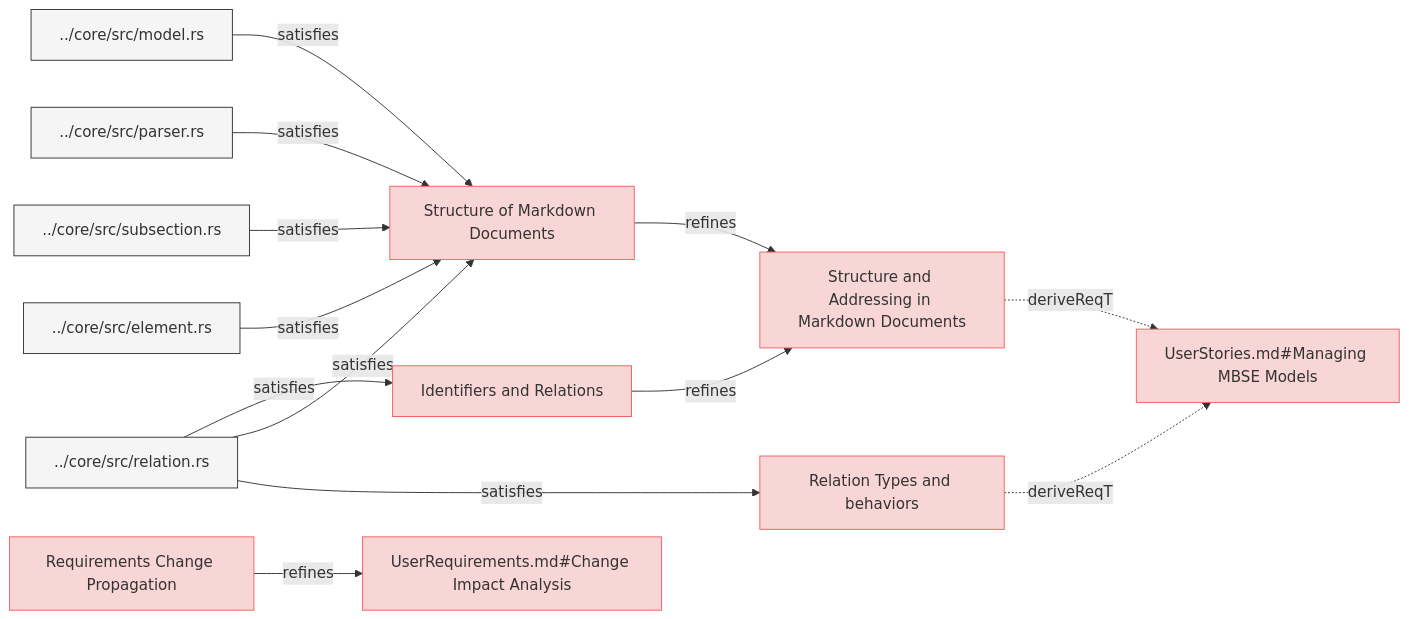
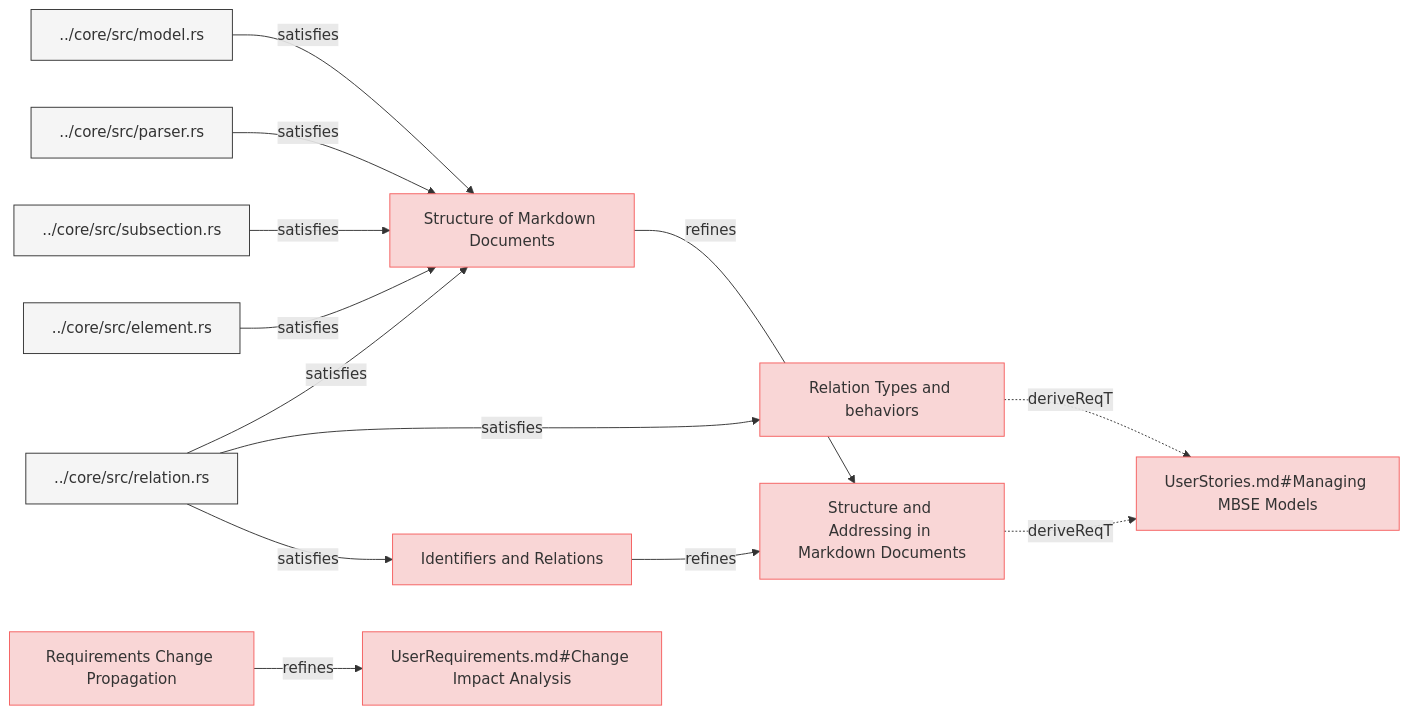
Before and after one commit to reqvire-org/reqvire: the first of 3 diagrams in specifications/SpecificationsRequirements.md, drawn with Mermaid. The commit also changed 16 other files, not shown here.

````diff
--- a/specifications/SpecificationsRequirements.md
+++ b/specifications/SpecificationsRequirements.md
@@ -4,57 +4,57 @@
 ```mermaid
 graph LR;
   %% Graph styling
   classDef requirement fill:#f9d6d6,stroke:#f55f5f,stroke-width:1px;
   classDef verification fill:#d6f9d6,stroke:#5fd75f,stroke-width:1px;
   classDef externalLink fill:#d0e0ff,stroke:#3080ff,stroke-width:1px;
   classDef default fill:#f5f5f5,stroke:#333333,stroke-width:1px;
 
-  29eb679eef252d12["Relation Types and behaviors"];
-  click 29eb679eef252d12 "https://github.com/Reqvire/reqvire/blob/92e82ef235559b4819fd85d700024b79b452d8e3/specifications/SpecificationsRequirements.md#relation-types-and-behaviors";
-  class 29eb679eef252d12 requirement;
+  a9d2746640af5d30["Structure and Addressing in Markdown Documents"];
+  click a9d2746640af5d30 "https://github.com/Reqvire/reqvire/blob/30536324899084e88969175e3613c971ffa6e108/specifications/SpecificationsRequirements.md#structure-and-addressing-in-markdown-documents";
+  class a9d2746640af5d30 requirement;
   c75ac8fa29479ca5["UserStories.md#Managing MBSE Models"];
   class c75ac8fa29479ca5 requirement;
-  click c75ac8fa29479ca5 "https://github.com/Reqvire/reqvire/blob/92e82ef235559b4819fd85d700024b79b452d8e3/specifications/UserStories.md#managing-mbse-models";
-  29eb679eef252d12 -.->|deriveReqT| c75ac8fa29479ca5;
+  click c75ac8fa29479ca5 "https://github.com/Reqvire/reqvire/blob/30536324899084e88969175e3613c971ffa6e108/specifications/UserStories.md#managing-mbse-models";
+  a9d2746640af5d30 -.->|deriveReqT| c75ac8fa29479ca5;
+  34ac784ed0e00552["Identifiers and Relations"];
+  click 34ac784ed0e00552 "https://github.com/Reqvire/reqvire/blob/30536324899084e88969175e3613c971ffa6e108/specifications/SpecificationsRequirements.md#identifiers-and-relations";
+  class 34ac784ed0e00552 requirement;
+  34ac784ed0e00552 -->|refines| a9d2746640af5d30;
   a01a924ab0c27629["../core/src/relation.rs"];
   class a01a924ab0c27629 default;
-  click a01a924ab0c27629 "https://github.com/Reqvire/reqvire/blob/92e82ef235559b4819fd85d700024b79b452d8e3/core/src/relation.rs";
+  click a01a924ab0c27629 "https://github.com/Reqvire/reqvire/blob/30536324899084e88969175e3613c971ffa6e108/core/src/relation.rs";
+  a01a924ab0c27629 -->|satisfies| 34ac784ed0e00552;
+  29eb679eef252d12["Relation Types and behaviors"];
+  click 29eb679eef252d12 "https://github.com/Reqvire/reqvire/blob/30536324899084e88969175e3613c971ffa6e108/specifications/SpecificationsRequirements.md#relation-types-and-behaviors";
+  class 29eb679eef252d12 requirement;
+  29eb679eef252d12 -.->|deriveReqT| c75ac8fa29479ca5;
   a01a924ab0c27629 -->|satisfies| 29eb679eef252d12;
-  a9d2746640af5d30["Structure and Addressing in Markdown Documents"];
-  click a9d2746640af5d30 "https://github.com/Reqvire/reqvire/blob/92e82ef235559b4819fd85d700024b79b452d8e3/specifications/SpecificationsRequirements.md#structure-and-addressing-in-markdown-documents";
-  class a9d2746640af5d30 requirement;
-  a9d2746640af5d30 -.->|deriveReqT| c75ac8fa29479ca5;
   11082285c19e9df["Structure of Markdown Documents"];
-  click 11082285c19e9df "https://github.com/Reqvire/reqvire/blob/92e82ef235559b4819fd85d700024b79b452d8e3/specifications/SpecificationsRequirements.md#structure-of-markdown-documents";
+  click 11082285c19e9df "https://github.com/Reqvire/reqvire/blob/30536324899084e88969175e3613c971ffa6e108/specifications/SpecificationsRequirements.md#structure-of-markdown-documents";
   class 11082285c19e9df requirement;
   11082285c19e9df -->|refines| a9d2746640af5d30;
   a01a924ab0c27629 -->|satisfies| 11082285c19e9df;
   3e5e5aa2d6181644["../core/src/element.rs"];
   class 3e5e5aa2d6181644 default;
-  click 3e5e5aa2d6181644 "https://github.com/Reqvire/reqvire/blob/92e82ef235559b4819fd85d700024b79b452d8e3/core/src/element.rs";
+  click 3e5e5aa2d6181644 "https://github.com/Reqvire/reqvire/blob/30536324899084e88969175e3613c971ffa6e108/core/src/element.rs";
   3e5e5aa2d6181644 -->|satisfies| 11082285c19e9df;
   aaf2fdce0a90bd2c["../core/src/subsection.rs"];
   class aaf2fdce0a90bd2c default;
-  click aaf2fdce0a90bd2c "https://github.com/Reqvire/reqvire/blob/92e82ef235559b4819fd85d700024b79b452d8e3/core/src/subsection.rs";
+  click aaf2fdce0a90bd2c "https://github.com/Reqvire/reqvire/blob/30536324899084e88969175e3613c971ffa6e108/core/src/subsection.rs";
   aaf2fdce0a90bd2c -->|satisfies| 11082285c19e9df;
   dfd639447d711d62["../core/src/parser.rs"];
   class dfd639447d711d62 default;
-  click dfd639447d711d62 "https://github.com/Reqvire/reqvire/blob/92e82ef235559b4819fd85d700024b79b452d8e3/core/src/parser.rs";
+  click dfd639447d711d62 "https://github.com/Reqvire/reqvire/blob/30536324899084e88969175e3613c971ffa6e108/core/src/parser.rs";
   dfd639447d711d62 -->|satisfies| 11082285c19e9df;
   36fd2b1e82621caf["../core/src/model.rs"];
   class 36fd2b1e82621caf default;
-  click 36fd2b1e82621caf "https://github.com/Reqvire/reqvire/blob/92e82ef235559b4819fd85d700024b79b452d8e3/core/src/model.rs";
+  click 36fd2b1e82621caf "https://github.com/Reqvire/reqvire/blob/30536324899084e88969175e3613c971ffa6e108/core/src/model.rs";
   36fd2b1e82621caf -->|satisfies| 11082285c19e9df;
-  34ac784ed0e00552["Identifiers and Relations"];
-  click 34ac784ed0e00552 "https://github.com/Reqvire/reqvire/blob/92e82ef235559b4819fd85d700024b79b452d8e3/specifications/SpecificationsRequirements.md#identifiers-and-relations";
-  class 34ac784ed0e00552 requirement;
-  34ac784ed0e00552 -->|refines| a9d2746640af5d30;
-  a01a924ab0c27629 -->|satisfies| 34ac784ed0e00552;
   d914e938be7e0abf["Requirements Change Propagation"];
-  click d914e938be7e0abf "https://github.com/Reqvire/reqvire/blob/92e82ef235559b4819fd85d700024b79b452d8e3/specifications/SpecificationsRequirements.md#requirements-change-propagation";
+  click d914e938be7e0abf "https://github.com/Reqvire/reqvire/blob/30536324899084e88969175e3613c971ffa6e108/specifications/SpecificationsRequirements.md#requirements-change-propagation";
   class d914e938be7e0abf requirement;
   c699ef8d6d1f99d1["UserRequirements.md#Change Impact Analysis"];
   class c699ef8d6d1f99d1 requirement;
-  click c699ef8d6d1f99d1 "https://github.com/Reqvire/reqvire/blob/92e82ef235559b4819fd85d700024b79b452d8e3/specifications/UserRequirements.md#change-impact-analysis";
+  click c699ef8d6d1f99d1 "https://github.com/Reqvire/reqvire/blob/30536324899084e88969175e3613c971ffa6e108/specifications/UserRequirements.md#change-impact-analysis";
   d914e938be7e0abf -->|refines| c699ef8d6d1f99d1;
 ```
````
